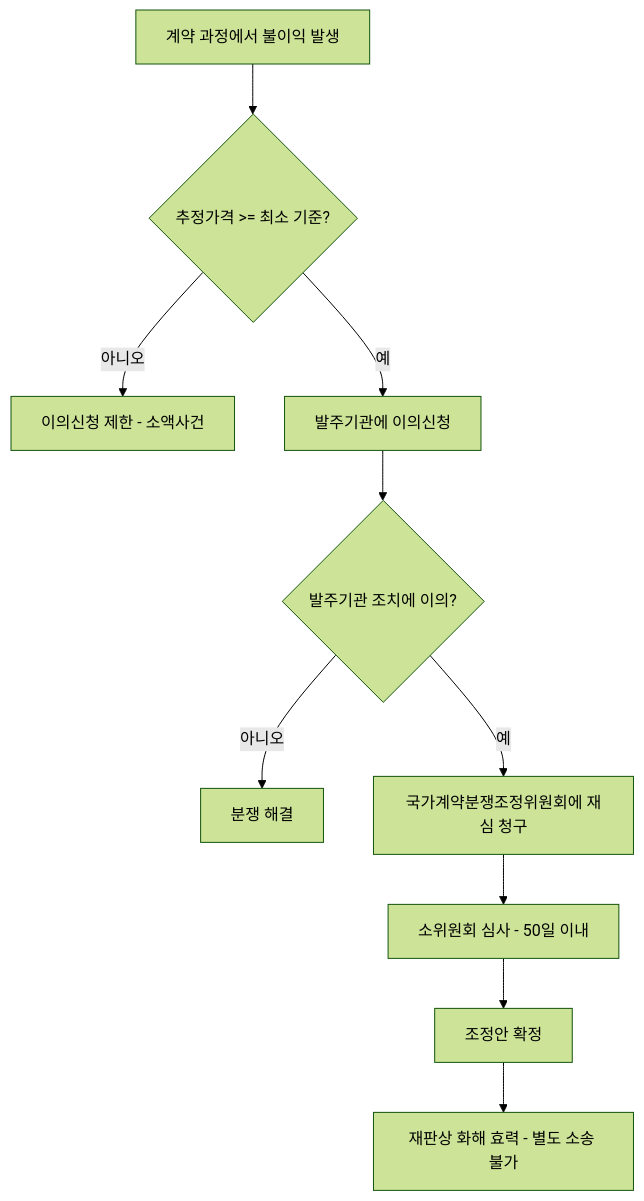
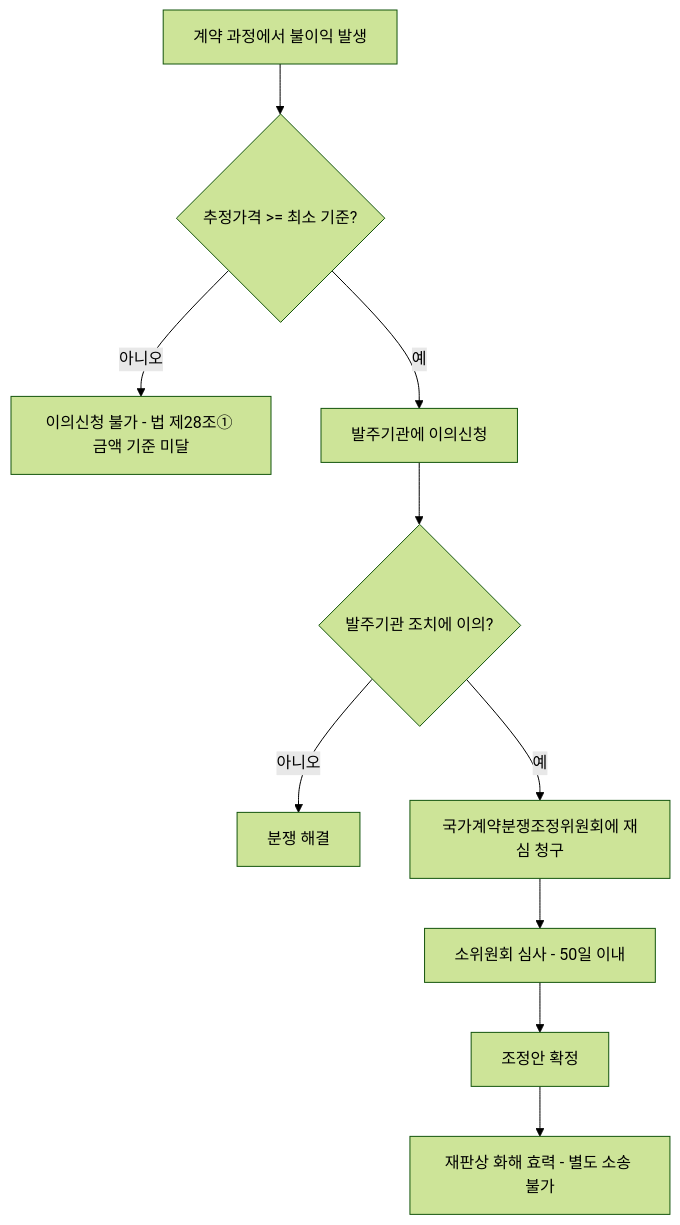
One commit to pon00050/kr-procurement-ref changed the diagram in src/content/docs/reference/이의신청-최소금액기준.md. Above: the diagram before and after it, drawn with Mermaid (forest theme). The commit also changed other lines of this file and 26 other files, not shown here.

````diff
--- a/src/content/docs/reference/이의신청-최소금액기준.md
+++ b/src/content/docs/reference/이의신청-최소금액기준.md
@@ -83,12 +83,12 @@
 ```mermaid
 flowchart TD
     A[계약 과정에서 불이익 발생] --> B{추정가격 >= 최소 기준?}
-    B -- 아니오 --> C[이의신청 제한 - 소액사건]
+    B -- 아니오 --> C[이의신청 불가 - 법 제28조① 금액 기준 미달]
     B -- 예 --> D[발주기관에 이의신청]
     D --> E{발주기관 조치에 이의?}
     E -- 아니오 --> F[분쟁 해결]
     E -- 예 --> G[국가계약분쟁조정위원회에 재심 청구]
     G --> H[소위원회 심사 - 50일 이내]
     H --> I[조정안 확정]
     I --> J[재판상 화해 효력 - 별도 소송 불가]
 ```
````
